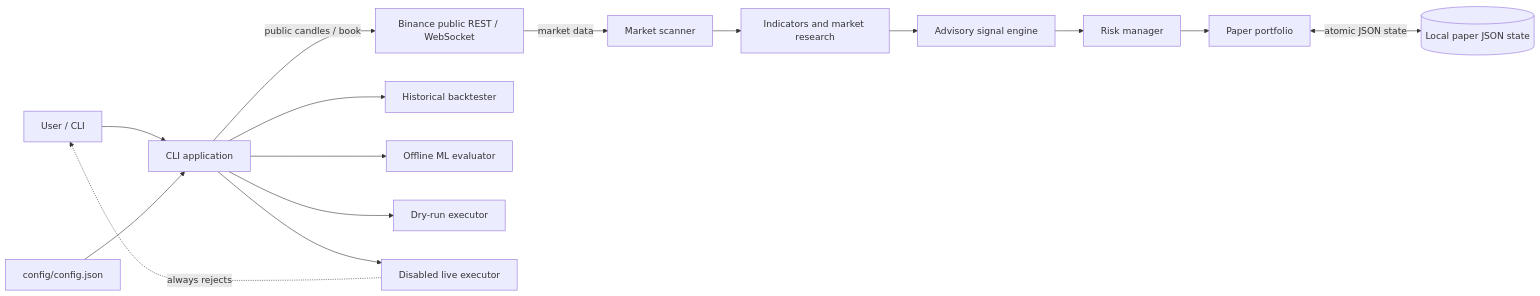
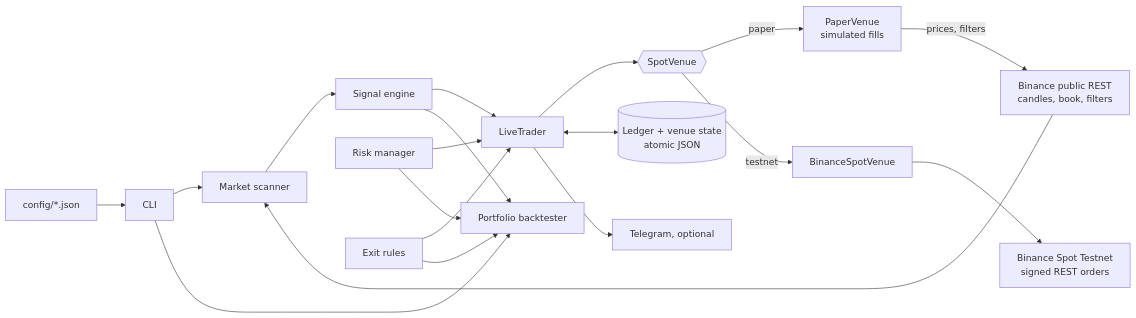
One commit to Mohit1011519/crypto-ai-trader changed the first of 2 diagrams in ARCHITECTURE.md. Above: the diagram before and after it, drawn with Mermaid. The commit also changed other lines of this file and 40 other files, not shown here.

````diff
--- a/ARCHITECTURE.md
+++ b/ARCHITECTURE.md
@@ -17,22 +25,27 @@
 ```mermaid
 flowchart LR
-    User[User / CLI]
-    Config[config/config.json]
-    Binance[Binance public REST / WebSocket]
-    LocalState[(Local paper JSON state)]
+    Config[config/*.json]
+    Public[Binance public REST<br/>candles, book, filters]
+    Testnet[Binance Spot Testnet<br/>signed REST orders]
+    State[(Ledger + venue state<br/>atomic JSON)]
+    Alerts[Telegram, optional]
 
-    User --> CLI[CLI application]
-    Config --> CLI
-    CLI -->|public candles / book| Binance
-    Binance -->|market data| Scanner[Market scanner]
-    Scanner --> Research[Indicators and market research]
-    Research --> Signals[Advisory signal engine]
-    Signals --> Risk[Risk manager]
-    Risk --> Paper[Paper portfolio]
-    Paper <-->|atomic JSON state| LocalState
-    CLI --> Backtest[Historical backtester]
-    CLI --> ML[Offline ML evaluator]
-    CLI --> DryRun[Dry-run executor]
-    CLI --> DisabledLive[Disabled live executor]
-    DisabledLive -. always rejects .-> User
+    Config --> CLI[CLI]
+    CLI --> Scanner[Market scanner]
+    Public --> Scanner
+    Scanner --> Signals[Signal engine]
+    Signals --> Trader[LiveTrader]
+    Risk[Risk manager] --> Trader
+    Exits[Exit rules] --> Trader
+    Trader --> Venue{{SpotVenue}}
+    Venue -->|paper| PaperVenue[PaperVenue<br/>simulated fills]
+    Venue -->|testnet| BinanceVenue[BinanceSpotVenue]
+    PaperVenue -->|prices, filters| Public
+    BinanceVenue --> Testnet
+    Trader <--> State
+    Trader --> Alerts
+    CLI --> Backtester[Portfolio backtester]
+    Signals --> Backtester
+    Risk --> Backtester
+    Exits --> Backtester
 ```
````
